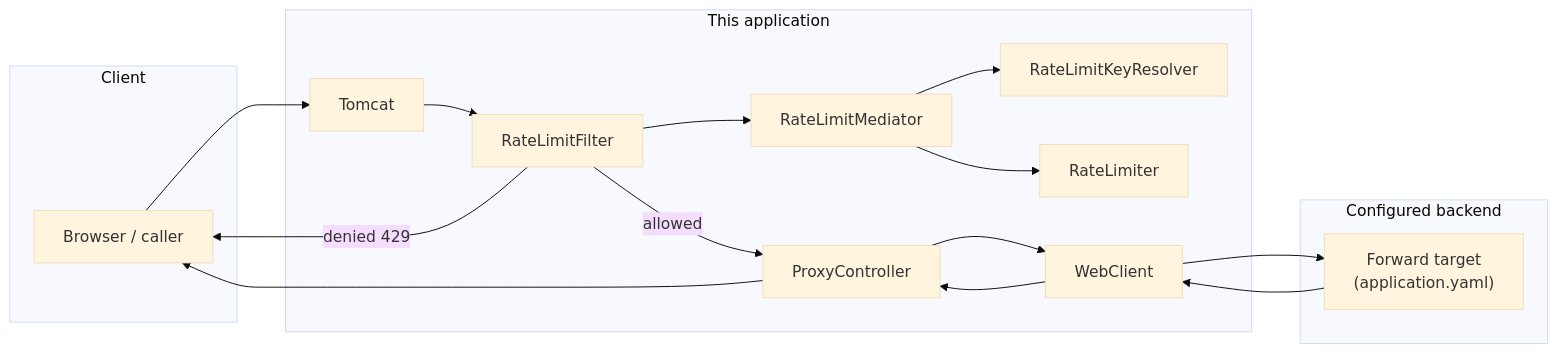
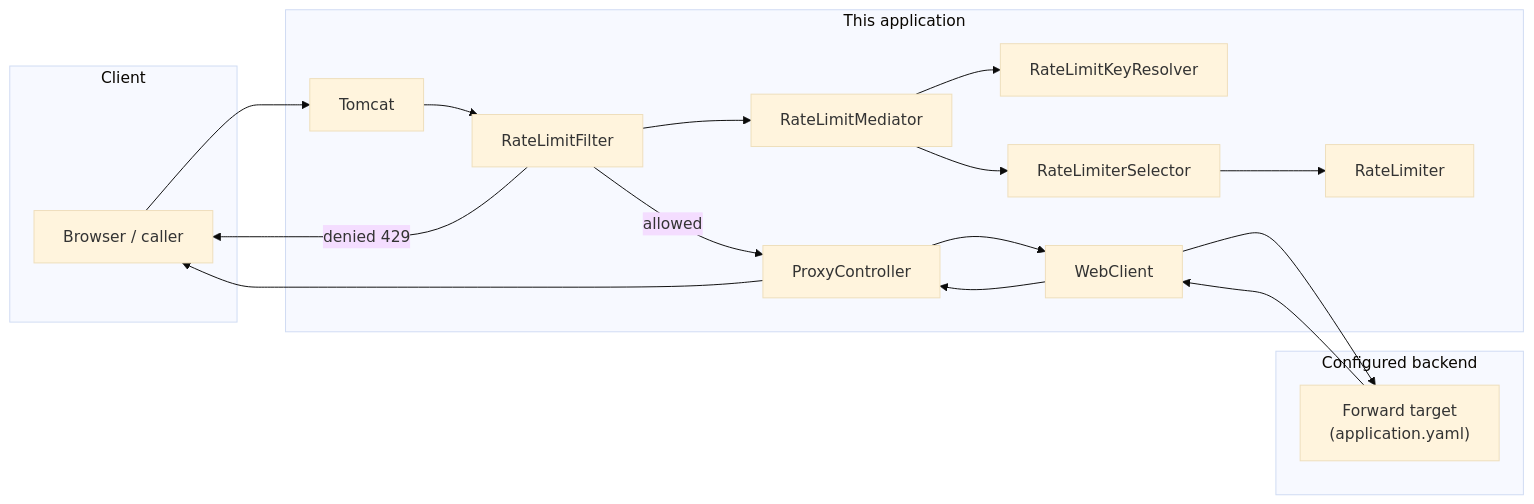
One commit to EvalVis/rate-limiting changed the first of 2 diagrams in docs/rate-limiting.md. Above: the diagram before and after it, drawn with Mermaid (base theme). The commit also changed other lines of this file and 11 other files, not shown here.

First line of the commit message:
Add JWT role-based RateLimiterSelector

````diff
--- a/docs/rate-limiting.md
+++ b/docs/rate-limiting.md
@@ -17,30 +18,32 @@
 ```mermaid
 flowchart LR
   subgraph client [Client]
     C[Browser / caller]
   end
   subgraph ratelimiter [This application]
     T[Tomcat]
     F[RateLimitFilter]
     M[RateLimitMediator]
     KR[RateLimitKeyResolver]
+    RS[RateLimiterSelector]
     RL[RateLimiter]
     PC[ProxyController]
     WC[WebClient]
   end
   subgraph upstream [Configured backend]
     U["Forward target\n(application.yaml)"]
   end
   C --> T
   T --> F
   F --> M
   M --> KR
-  M --> RL
+  M --> RS
+  RS --> RL
   F -->|allowed| PC
   F -->|denied 429| C
   PC --> WC
   WC --> U
   U --> WC
   WC --> PC
   PC --> C
 ```
````
